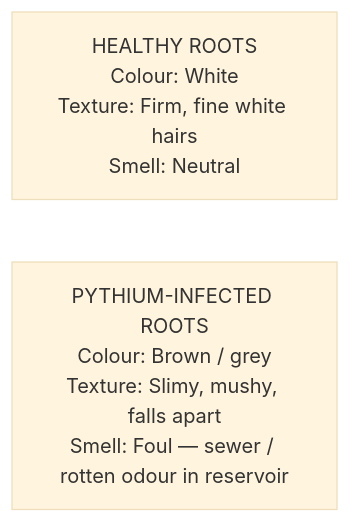
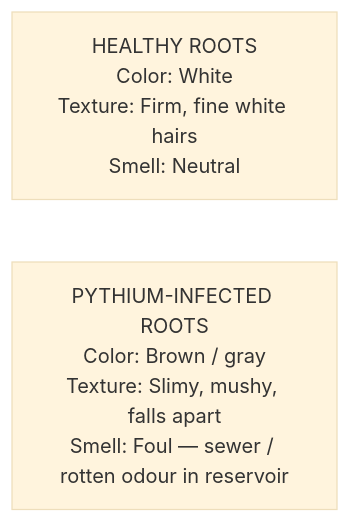
Before and after one commit to UncleJS/guide_hydroponics: the third of 3 diagrams in guide/nft/07-pests-and-disease.md, drawn with Mermaid (base theme). The commit also changed other lines of this file and 35 other files, not shown here.

````diff
--- a/guide/nft/07-pests-and-disease.md
+++ b/guide/nft/07-pests-and-disease.md
@@ -376,5 +379,5 @@
 ```mermaid
 flowchart LR
-    H["HEALTHY ROOTS<br/>Colour: White<br/>Texture: Firm, fine white hairs<br/>Smell: Neutral"]
-    P["PYTHIUM-INFECTED ROOTS<br/>Colour: Brown / grey<br/>Texture: Slimy, mushy, falls apart<br/>Smell: Foul — sewer / rotten odour in reservoir"]
+    H["HEALTHY ROOTS<br/>Color: White<br/>Texture: Firm, fine white hairs<br/>Smell: Neutral"]
+    P["PYTHIUM-INFECTED ROOTS<br/>Color: Brown / gray<br/>Texture: Slimy, mushy, falls apart<br/>Smell: Foul — sewer / rotten odour in reservoir"]
 ```
````
